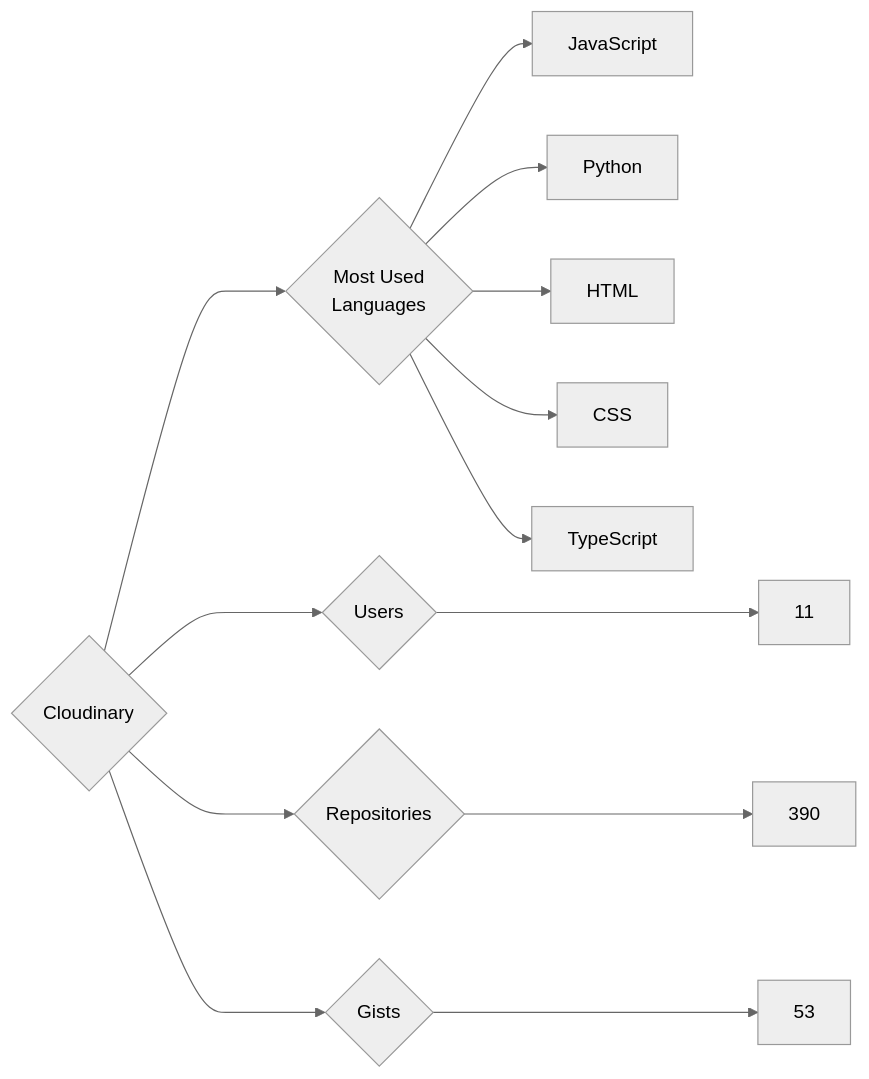
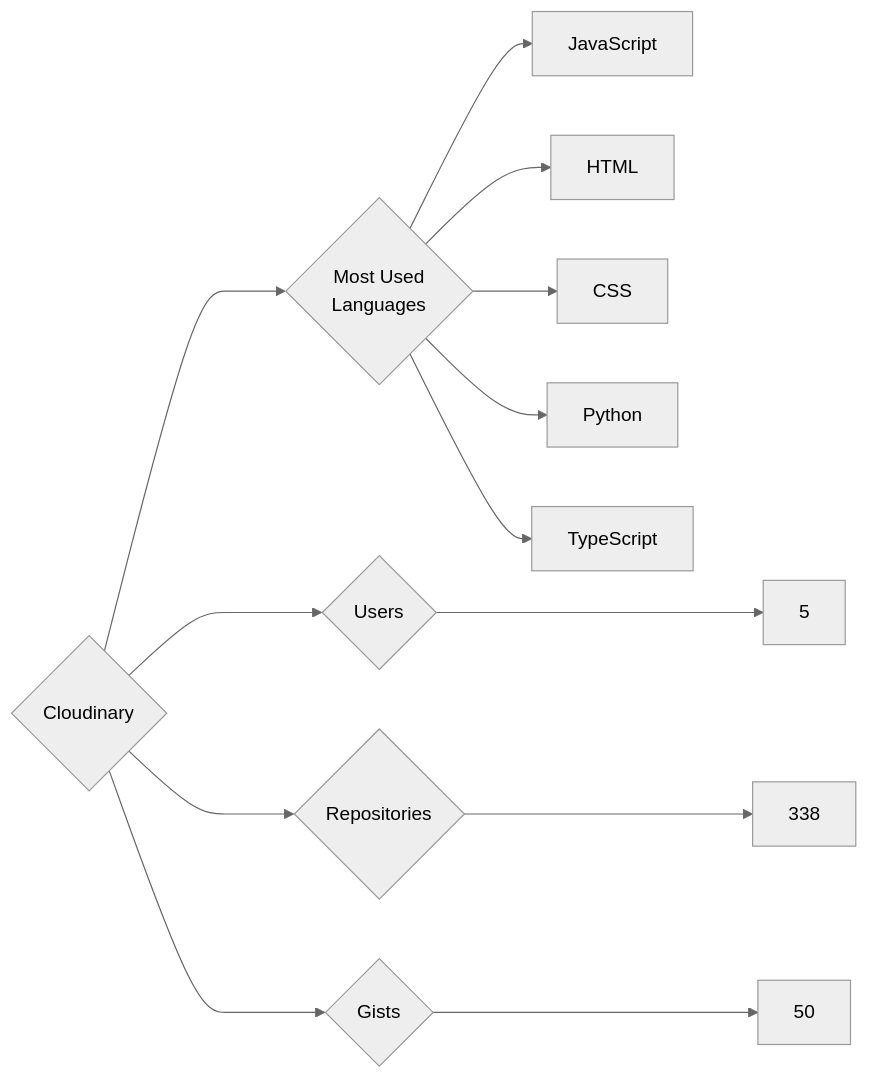
The diagram in targets/Cloudinary/README.md (trickest/insiders), drawn with Mermaid (neutral theme) before and after one commit. The commit also changed 1141 other files, not shown here.

````diff
--- a/targets/Cloudinary/README.md
+++ b/targets/Cloudinary/README.md
@@ -3,13 +3,13 @@
 ```mermaid
 graph LR
 COMPANY_NAME{Cloudinary}
-COMPANY_NAME ---> U{Users} ---> UN[11]
-COMPANY_NAME ---> R{Repositories} ---> RN[390]
-COMPANY_NAME ---> G{Gists} ---> GN[53]
+COMPANY_NAME ---> U{Users} ---> UN[5]
+COMPANY_NAME ---> R{Repositories} ---> RN[338]
+COMPANY_NAME ---> G{Gists} ---> GN[50]
 COMPANY_NAME ---> ML{Most Used<br>Languages}
 ML --> JavaScript[JavaScript]
-ML --> Python[Python]
 ML --> HTML[HTML]
 ML --> CSS[CSS]
+ML --> Python[Python]
 ML --> TypeScript[TypeScript]
 ```
````
